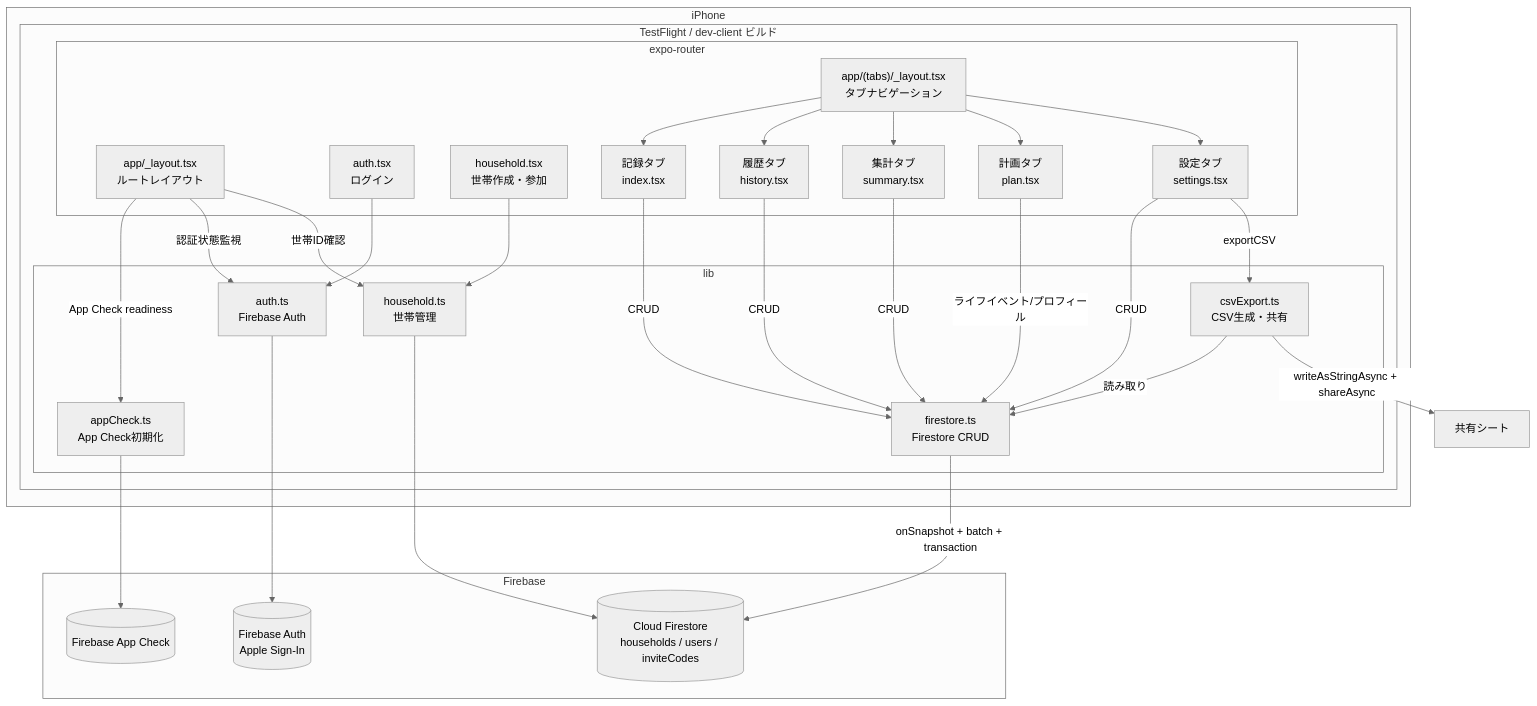
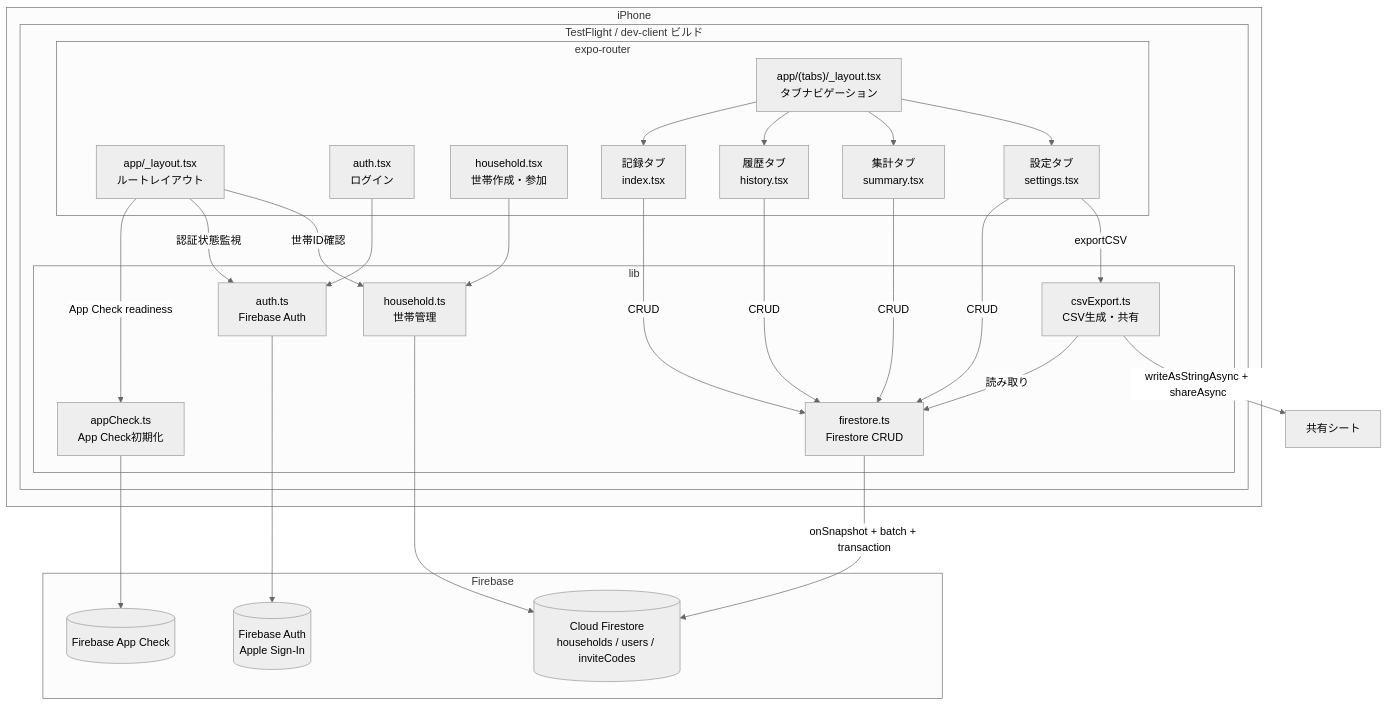
One commit to PLUG365/moneyplanner changed the first of 6 diagrams in ARCHITECTURE.md. Above: the diagram before and after it, drawn with Mermaid (neutral theme). The commit also changed other lines of this file and 24 other files, not shown here.

````diff
--- a/ARCHITECTURE.md
+++ b/ARCHITECTURE.md
@@ -5,55 +5,52 @@
 ```mermaid
 graph TD
     subgraph iPhone["iPhone"]
         subgraph NativeBuild["TestFlight / dev-client ビルド"]
             subgraph ExpoRouter["expo-router"]
                 Layout["app/_layout.tsx<br/>ルートレイアウト"]
                 Auth["auth.tsx<br/>ログイン"]
                 Household["household.tsx<br/>世帯作成・参加"]
                 Tabs["app/(tabs)/_layout.tsx<br/>タブナビゲーション"]
                 Index["記録タブ<br/>index.tsx"]
                 History["履歴タブ<br/>history.tsx"]
                 Summary["集計タブ<br/>summary.tsx"]
-                Plan["計画タブ<br/>plan.tsx"]
                 Settings["設定タブ<br/>settings.tsx"]
             end
 
             subgraph Lib["lib"]
                 AuthLib["auth.ts<br/>Firebase Auth"]
                 HouseholdLib["household.ts<br/>世帯管理"]
                 DB["firestore.ts<br/>Firestore CRUD"]
                 CSV["csvExport.ts<br/>CSV生成・共有"]
                 AppCheck["appCheck.ts<br/>App Check初期化"]
             end
         end
     end
 
     subgraph Firebase["Firebase"]
         FirebaseAuth[(Firebase Auth<br/>Apple Sign-In)]
         Firestore[(Cloud Firestore<br/>households / users / inviteCodes)]
         AppCheckService[(Firebase App Check)]
     end
 
     Layout -->|App Check readiness| AppCheck
     Layout -->|認証状態監視| AuthLib
     Layout -->|世帯ID確認| HouseholdLib
     Auth --> AuthLib
     Household --> HouseholdLib
     Tabs --> Index
     Tabs --> History
     Tabs --> Summary
-    Tabs --> Plan
     Tabs --> Settings
     Index -->|CRUD| DB
     History -->|CRUD| DB
     Summary -->|CRUD| DB
     Settings -->|CRUD| DB
-    Plan -->|ライフイベント/プロフィール| DB
     Settings -->|exportCSV| CSV
     CSV -->|読み取り| DB
     CSV -->|writeAsStringAsync + shareAsync| Share[共有シート]
     AuthLib --> FirebaseAuth
     HouseholdLib --> Firestore
     DB -->|onSnapshot + batch + transaction| Firestore
     AppCheck --> AppCheckService
 ```
````
